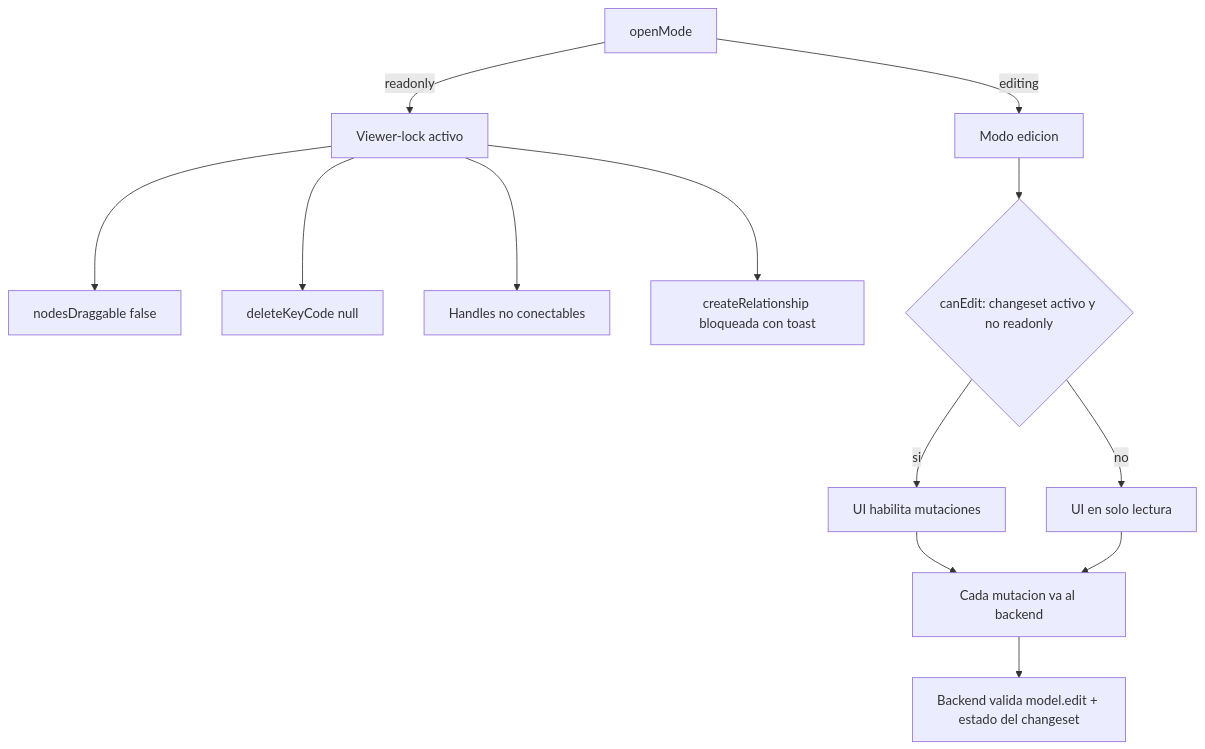
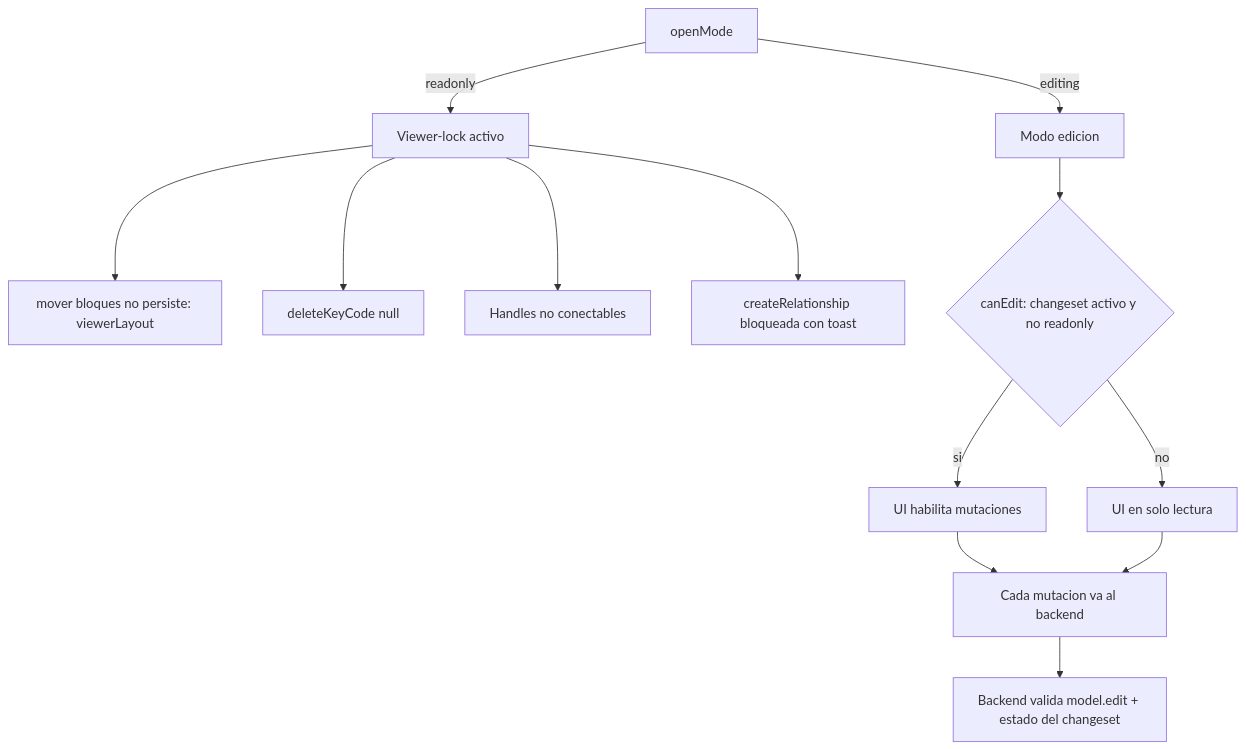
One commit to Carlosmps97/web-data-model-hub changed the fifth of 5 diagrams in doc/seguridad.md. Above: the diagram before and after it, drawn with Mermaid. The commit also changed other lines of this file and 209 other files, not shown here.

````diff
--- a/doc/seguridad.md
+++ b/doc/seguridad.md
@@ -379,15 +425,15 @@
 ```mermaid
 flowchart TD
     O[openMode] -->|readonly| RO[Viewer-lock activo]
     O -->|editing| ED[Modo edicion]
-    RO --> NL[nodesDraggable false]
+    RO --> NL[mover bloques no persiste: viewerLayout]
     RO --> DL[deleteKeyCode null]
     RO --> NH[Handles no conectables]
     RO --> NR[createRelationship bloqueada con toast]
     ED --> CE{canEdit: changeset activo y no readonly}
     CE -->|si| WR[UI habilita mutaciones]
     CE -->|no| NW[UI en solo lectura]
     WR --> API[Cada mutacion va al backend]
     NW --> API
     API --> V[Backend valida model.edit + estado del changeset]
 ```
````
